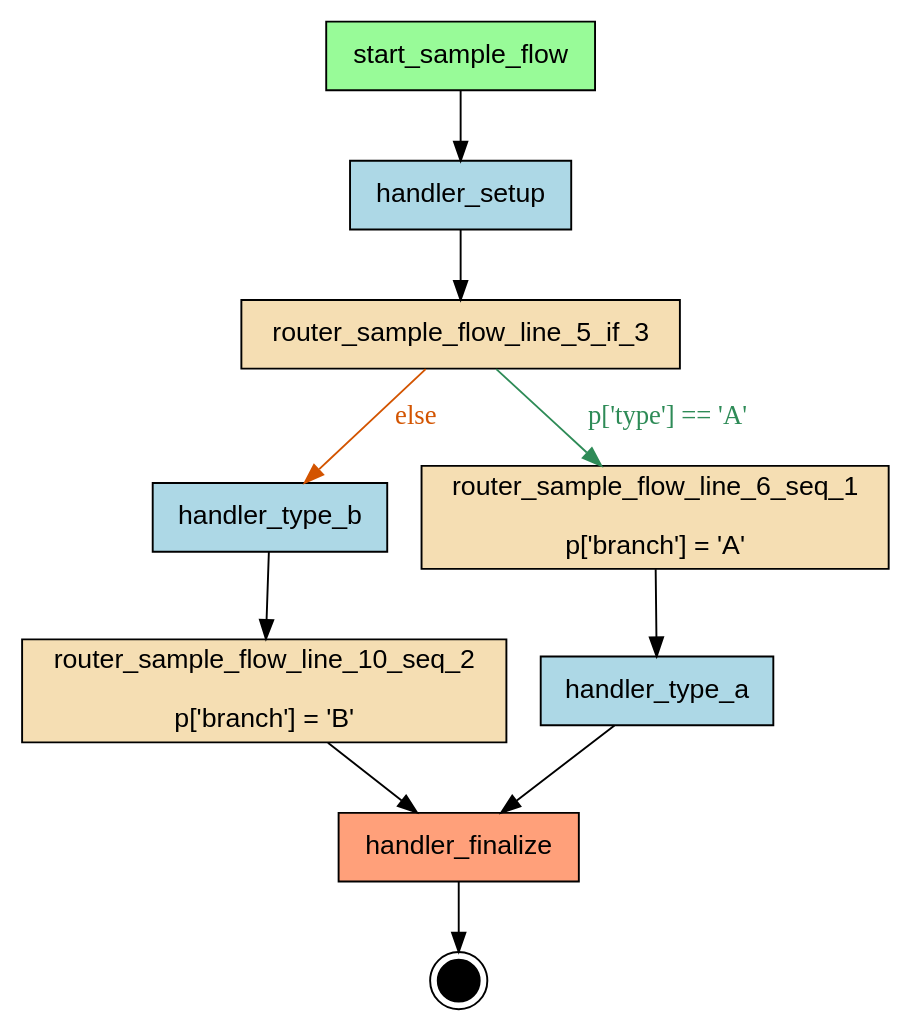
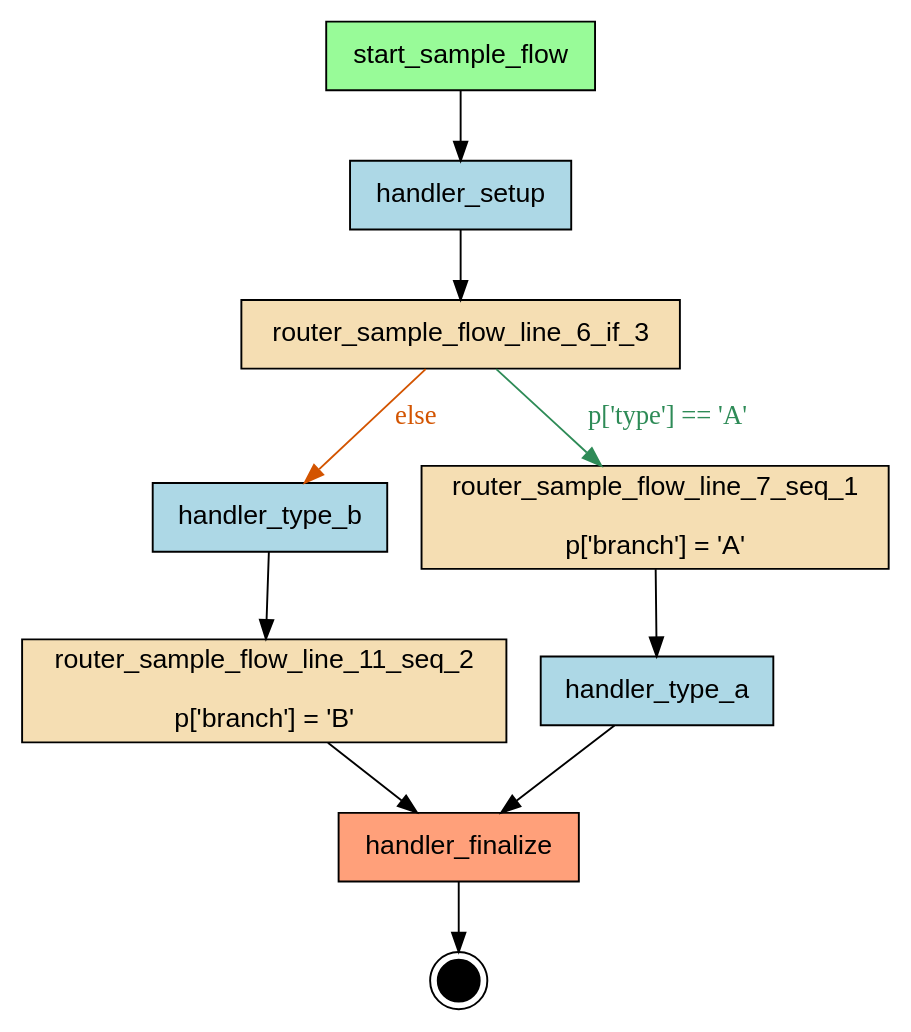
Before and after one commit to deliveryhero/asya: the diagram in examples/flows/compiled/sample_flow/flow.dot, drawn with Graphviz. The commit also changed 18 other files, not shown here.

```diff
--- a/examples/flows/compiled/sample_flow/flow.dot
+++ b/examples/flows/compiled/sample_flow/flow.dot
@@ -1,27 +1,27 @@
 digraph "sample_flow" {
     rankdir=TB;
     node [shape=box, style=filled, fontname="Helvetica"];
 
     { rank=source; start_sample_flow; }
 
     handler_finalize [label="handler_finalize", fillcolor=lightsalmon];
     handler_setup [label="handler_setup", fillcolor=lightblue];
     handler_type_a [label="handler_type_a", fillcolor=lightblue];
     handler_type_b [label="handler_type_b", fillcolor=lightblue];
-    router_sample_flow_line_10_seq_2 [label="router_sample_flow_line_10_seq_2\n\np['branch'] = 'B'", fillcolor=wheat];
-    router_sample_flow_line_5_if_3 [label="router_sample_flow_line_5_if_3", fillcolor=wheat];
-    router_sample_flow_line_6_seq_1 [label="router_sample_flow_line_6_seq_1\n\np['branch'] = 'A'", fillcolor=wheat];
+    router_sample_flow_line_11_seq_2 [label="router_sample_flow_line_11_seq_2\n\np['branch'] = 'B'", fillcolor=wheat];
+    router_sample_flow_line_6_if_3 [label="router_sample_flow_line_6_if_3", fillcolor=wheat];
+    router_sample_flow_line_7_seq_1 [label="router_sample_flow_line_7_seq_1\n\np['branch'] = 'A'", fillcolor=wheat];
     start_sample_flow [label="start_sample_flow", fillcolor=palegreen];
 
     __end__ [label="", shape=doublecircle, fillcolor=black, width=0.3, fixedsize=true];
 
     start_sample_flow -> handler_setup;
-    handler_setup -> router_sample_flow_line_5_if_3;
-    router_sample_flow_line_6_seq_1 -> handler_type_a;
-    router_sample_flow_line_5_if_3 -> router_sample_flow_line_6_seq_1 [label="p['type'] == 'A'", color="#2E8B57", fontcolor="#2E8B57"];
-    router_sample_flow_line_5_if_3 -> handler_type_b [label="else", color="#D35400", fontcolor="#D35400"];
-    handler_type_b -> router_sample_flow_line_10_seq_2;
-    router_sample_flow_line_10_seq_2 -> handler_finalize;
+    handler_setup -> router_sample_flow_line_6_if_3;
+    router_sample_flow_line_7_seq_1 -> handler_type_a;
+    router_sample_flow_line_6_if_3 -> router_sample_flow_line_7_seq_1 [label="p['type'] == 'A'", color="#2E8B57", fontcolor="#2E8B57"];
+    router_sample_flow_line_6_if_3 -> handler_type_b [label="else", color="#D35400", fontcolor="#D35400"];
+    handler_type_b -> router_sample_flow_line_11_seq_2;
+    router_sample_flow_line_11_seq_2 -> handler_finalize;
     handler_type_a -> handler_finalize;
     handler_finalize -> __end__;
 }
```
